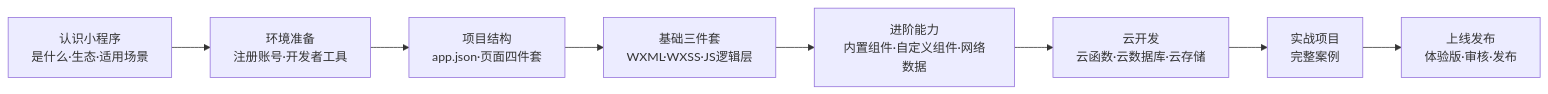
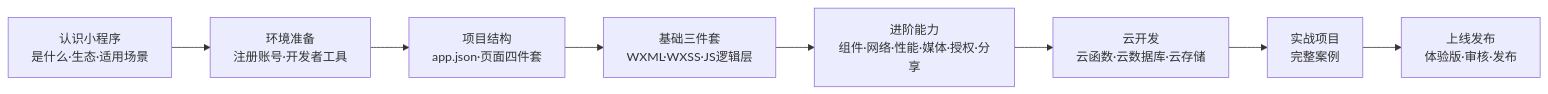
One commit to zhuguang-ZFG/xiaochengxu changed the diagram in README.md. Above: the diagram before and after it, drawn with Mermaid. The commit also changed other lines of this file and 14 other files, not shown here.

First line of the commit message:
feat: 补全 6 个薄弱知识点（媒体/地图/授权/分享订阅/Skyline/云存储）

````diff
--- a/README.md
+++ b/README.md
@@ -14,10 +14,10 @@
 ```mermaid
 flowchart LR
     A[认识小程序<br/>是什么·生态·适用场景] --> B[环境准备<br/>注册账号·开发者工具]
     B --> C[项目结构<br/>app.json·页面四件套]
     C --> D[基础三件套<br/>WXML·WXSS·JS逻辑层]
-    D --> E[进阶能力<br/>内置组件·自定义组件·网络数据]
+    D --> E[进阶能力<br/>组件·网络·性能·媒体·授权·分享]
     E --> F[云开发<br/>云函数·云数据库·云存储]
     F --> G[实战项目<br/>完整案例]
     G --> H[上线发布<br/>体验版·审核·发布]
 ```
````
